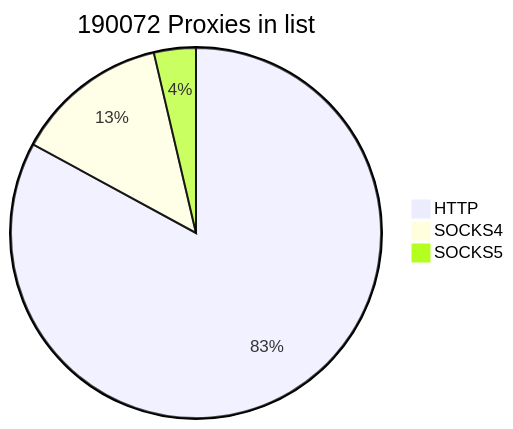
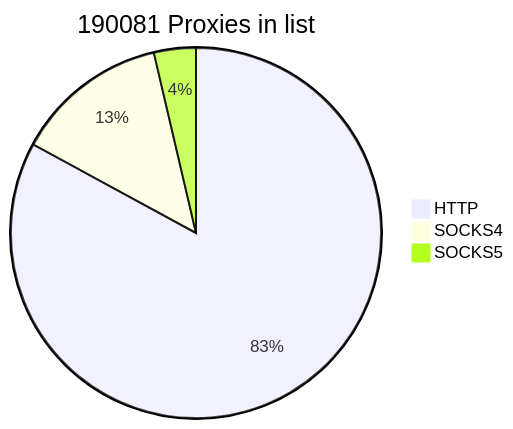
Before and after one commit to cutipu/proxylist: the first of 2 diagrams in README.md, drawn with Mermaid. The commit also changed other lines of this file, not shown here.

````diff
--- a/README.md
+++ b/README.md
@@ -2,7 +2,7 @@
 ```mermaid
-pie title 190072 Proxies in list
-    "HTTP" : 157625
+pie title 190081 Proxies in list
+    "HTTP" : 157634
     "SOCKS4" : 25493
     "SOCKS5" : 6954
             
 ```
````
